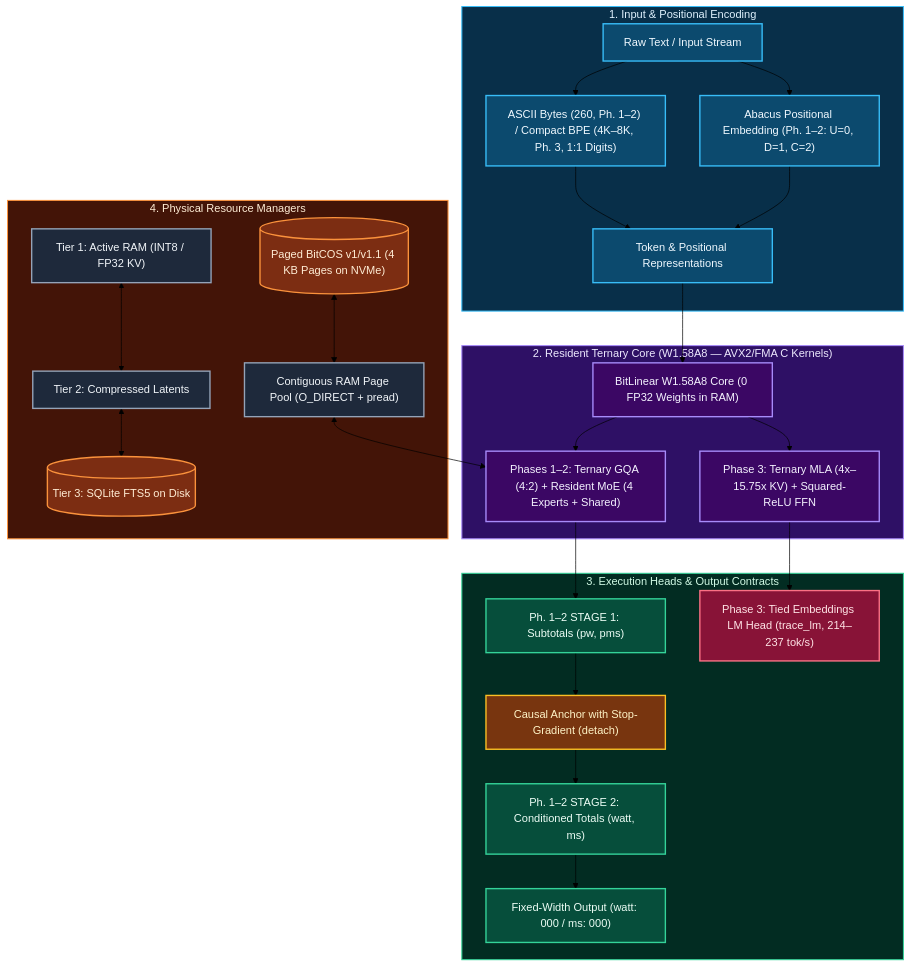
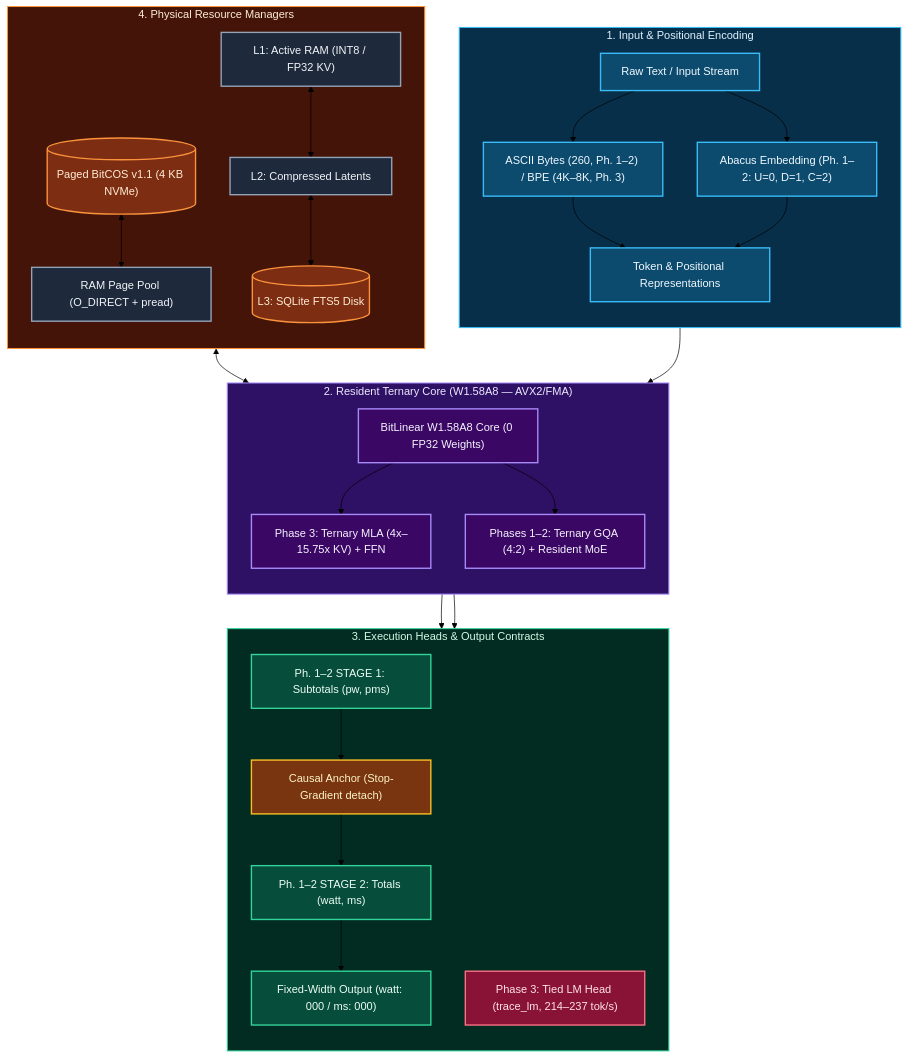
One commit to Miguel19x/Basic-Lite-TRACE changed the diagram in README.md. Above: the diagram before and after it, drawn with Mermaid (forest theme). The commit also changed 1 other file, not shown here.

Commit message:
docs(readme): fix Mermaid subgraph edges and label sizing for GitHub renderer

````diff
--- a/README.md
+++ b/README.md
@@ -94,41 +94,65 @@
 ```mermaid
 flowchart TD
     subgraph InputStage ["1. Input & Positional Encoding"]
-        RawBytes["Raw Text / Input Stream"]:::input --> BytePatch["ASCII Bytes (260, Ph. 1–2) / Compact BPE (4K–8K, Ph. 3, 1:1 Digits)"]:::input
-        RawBytes --> AbacusLayer["Abacus Positional Embedding (Ph. 1–2: U=0, D=1, C=2)"]:::input
-        BytePatch & AbacusLayer --> CombinedEmbed["Token & Positional Representations"]:::input
+        direction TB
+        RawBytes["Raw Text / Input Stream"]:::input
+        BytePatch["ASCII Bytes (260, Ph. 1–2) / BPE (4K–8K, Ph. 3)"]:::input
+        AbacusLayer["Abacus Embedding (Ph. 1–2: U=0, D=1, C=2)"]:::input
+        CombinedEmbed["Token & Positional Representations"]:::input
+        RawBytes --> BytePatch
+        RawBytes --> AbacusLayer
+        BytePatch --> CombinedEmbed
+        AbacusLayer --> CombinedEmbed
     end
 
-    subgraph CoreTernary ["2. Resident Ternary Core (W1.58A8 — AVX2/FMA C Kernels)"]
-        CombinedEmbed --> SharedCore["BitLinear W1.58A8 Core (0 FP32 Weights in RAM)"]:::core
-        SharedCore --> MLA["Phase 3: Ternary MLA (4x–15.75x KV) + Squared-ReLU FFN"]:::core
-        SharedCore --> PagedMoE["Phases 1–2: Ternary GQA (4:2) + Resident MoE (4 Experts + Shared)"]:::core
+    subgraph MemoryHierarchy ["4. Physical Resource Managers"]
+        direction TB
+        PagedBitCOS[("Paged BitCOS v1.1 (4 KB NVMe)")]:::storage
+        PagePool["RAM Page Pool (O_DIRECT + pread)"]:::runtime
+        L1RAM["L1: Active RAM (INT8 / FP32 KV)"]:::runtime
+        L2Latent["L2: Compressed Latents"]:::runtime
+        L3SQLite[("L3: SQLite FTS5 Disk")]:::storage
+        PagedBitCOS <--> PagePool
+        L1RAM <--> L2Latent
+        L2Latent <--> L3SQLite
+    end
+
+    subgraph CoreTernary ["2. Resident Ternary Core (W1.58A8 — AVX2/FMA)"]
+        direction TB
+        SharedCore["BitLinear W1.58A8 Core (0 FP32 Weights)"]:::core
+        MLA["Phase 3: Ternary MLA (4x–15.75x KV) + FFN"]:::core
+        PagedMoE["Phases 1–2: Ternary GQA (4:2) + Resident MoE"]:::core
+        SharedCore --> MLA
+        SharedCore --> PagedMoE
     end
 
     subgraph TwoStageField ["3. Execution Heads & Output Contracts"]
-        PagedMoE --> Stage1["Ph. 1–2 STAGE 1: Subtotals (pw, pms)"]:::causal
-        Stage1 --> CausalAnchor["Causal Anchor with Stop-Gradient (detach)"]:::gate
-        CausalAnchor --> Stage2["Ph. 1–2 STAGE 2: Conditioned Totals (watt, ms)"]:::causal
-        Stage2 --> OutputBytes["Fixed-Width Output (watt: 000 / ms: 000)"]:::causal
-        MLA --> LMHead["Phase 3: Tied Embeddings LM Head (trace_lm, 214–237 tok/s)"]:::lm
+        direction TB
+        Stage1["Ph. 1–2 STAGE 1: Subtotals (pw, pms)"]:::causal
+        CausalAnchor["Causal Anchor (Stop-Gradient detach)"]:::gate
+        Stage2["Ph. 1–2 STAGE 2: Totals (watt, ms)"]:::causal
+        OutputBytes["Fixed-Width Output (watt: 000 / ms: 000)"]:::causal
+        LMHead["Phase 3: Tied LM Head (trace_lm, 214–237 tok/s)"]:::lm
+        Stage1 --> CausalAnchor
+        CausalAnchor --> Stage2
+        Stage2 --> OutputBytes
     end
 
-    subgraph MemoryHierarchy ["4. Physical Resource Managers"]
-        PagedBitCOS[("Paged BitCOS v1/v1.1 (4 KB Pages on NVMe)")]:::storage <--> PagePool["Contiguous RAM Page Pool (O_DIRECT + pread)"]:::runtime
-        PagePool <--> PagedMoE
-        L1RAM["Tier 1: Active RAM (INT8 / FP32 KV)"]:::runtime <--> L2Latent["Tier 2: Compressed Latents"]:::runtime <--> L3SQLite[("Tier 3: SQLite FTS5 on Disk")]:::storage
-    end
+    CombinedEmbed --> SharedCore
+    PagePool <--> PagedMoE
+    PagedMoE --> Stage1
+    MLA --> LMHead
 
     classDef input fill:#0c4a6e,stroke:#38bdf8,stroke-width:2px,color:#f0f9ff
     classDef core fill:#3b0764,stroke:#a78bfa,stroke-width:2px,color:#f5f3ff
     classDef causal fill:#064e3b,stroke:#34d399,stroke-width:2px,color:#ecfdf5
     classDef gate fill:#78350f,stroke:#fbbf24,stroke-width:2px,color:#fef3c7
     classDef lm fill:#881337,stroke:#fb7185,stroke-width:2px,color:#ffe4e6
     classDef runtime fill:#1e293b,stroke:#94a3b8,stroke-width:2px,color:#f1f5f9
     classDef storage fill:#7c2d12,stroke:#fb923c,stroke-width:2px,color:#ffedd5
 
     style InputStage fill:#082f49,stroke:#38bdf8,stroke-width:1.5px,color:#e0f2fe
     style CoreTernary fill:#2e1065,stroke:#a78bfa,stroke-width:1.5px,color:#ede9fe
     style TwoStageField fill:#022c22,stroke:#34d399,stroke-width:1.5px,color:#d1fae5
     style MemoryHierarchy fill:#431407,stroke:#fb923c,stroke-width:1.5px,color:#ffedd5
 ```
````
